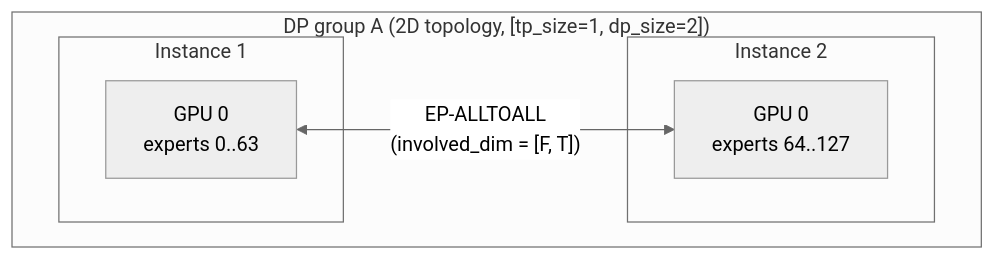
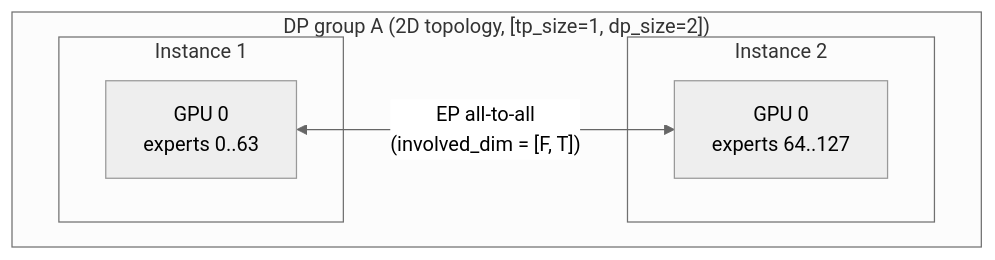
Before and after one commit to casys-kaist/LLMServingSim: the fourth of 5 diagrams in docs/docs/simulator/parallelism-mechanics.md, drawn with Mermaid (neutral theme). The commit also changed other lines of this file and 15 other files, not shown here.

````diff
--- a/docs/docs/simulator/parallelism-mechanics.md
+++ b/docs/docs/simulator/parallelism-mechanics.md
@@ -157,13 +181,13 @@
 ```mermaid
 flowchart TB
     subgraph DPGROUP["DP group A (2D topology, [tp_size=1, dp_size=2])"]
         direction LR
         subgraph I1["Instance 1"]
             G1["GPU 0<br/>experts 0..63"]
         end
         subgraph I2["Instance 2"]
             G2["GPU 0<br/>experts 64..127"]
         end
-        G1 <-->|"EP-ALLTOALL<br/>(involved_dim = [F, T])"| G2
+        G1 <-->|"EP all-to-all<br/>(involved_dim = [F, T])"| G2
     end
 ```
````
